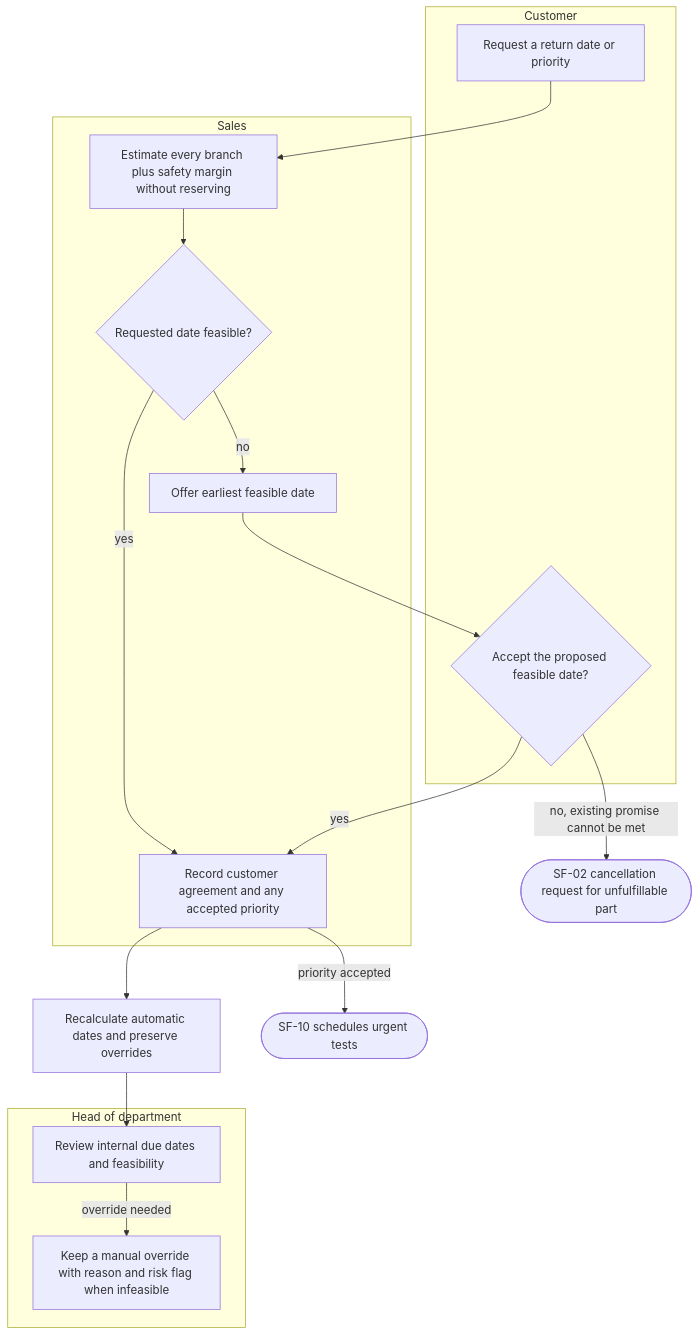
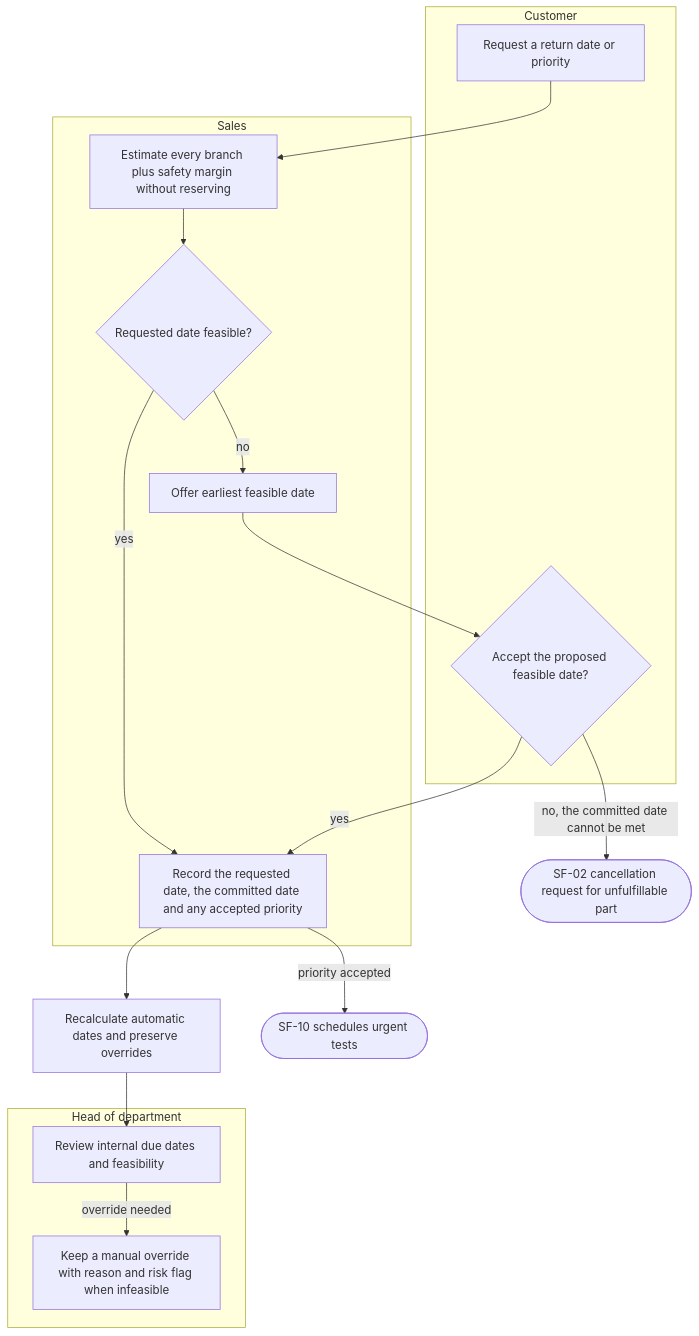
One commit to SoltuneMontepre/medilab changed diagram 13 of 17 in docs/functional/business-flows.md. Above: the diagram before and after it, drawn with Mermaid. The commit also changed other lines of this file and 27 other files, not shown here.

````diff
--- a/docs/functional/business-flows.md
+++ b/docs/functional/business-flows.md
@@ -577,25 +576,25 @@
 ```mermaid
 flowchart TD
     subgraph lane31 ["Customer"]
         c1[Request a return date or priority]
         c2{Accept the proposed feasible date?}
     end
     subgraph lane32 ["Sales"]
         s1[Estimate every branch plus safety margin without reserving]
         s2{Requested date feasible?}
         s3[Offer earliest feasible date]
-        s4[Record customer agreement and any accepted priority]
+        s4[Record the requested date, the committed date and any accepted priority]
     end
     subgraph lane33 ["Head of department"]
         h1[Review internal due dates and feasibility]
         h2[Keep a manual override with reason and risk flag when infeasible]
     end
     c1 --> s1 --> s2
     s2 -->|yes| s4
     s2 -->|no| s3 --> c2
     c2 -->|yes| s4
-    c2 -->|no, existing promise cannot be met| cancel([SF-02 cancellation request for unfulfillable part])
+    c2 -->|no, the committed date cannot be met| cancel([SF-02 cancellation request for unfulfillable part])
     s4 --> dates[Recalculate automatic dates and preserve overrides] --> h1
     h1 -->|override needed| h2
     s4 -->|priority accepted| urgent([SF-10 schedules urgent tests])
 ```
````
